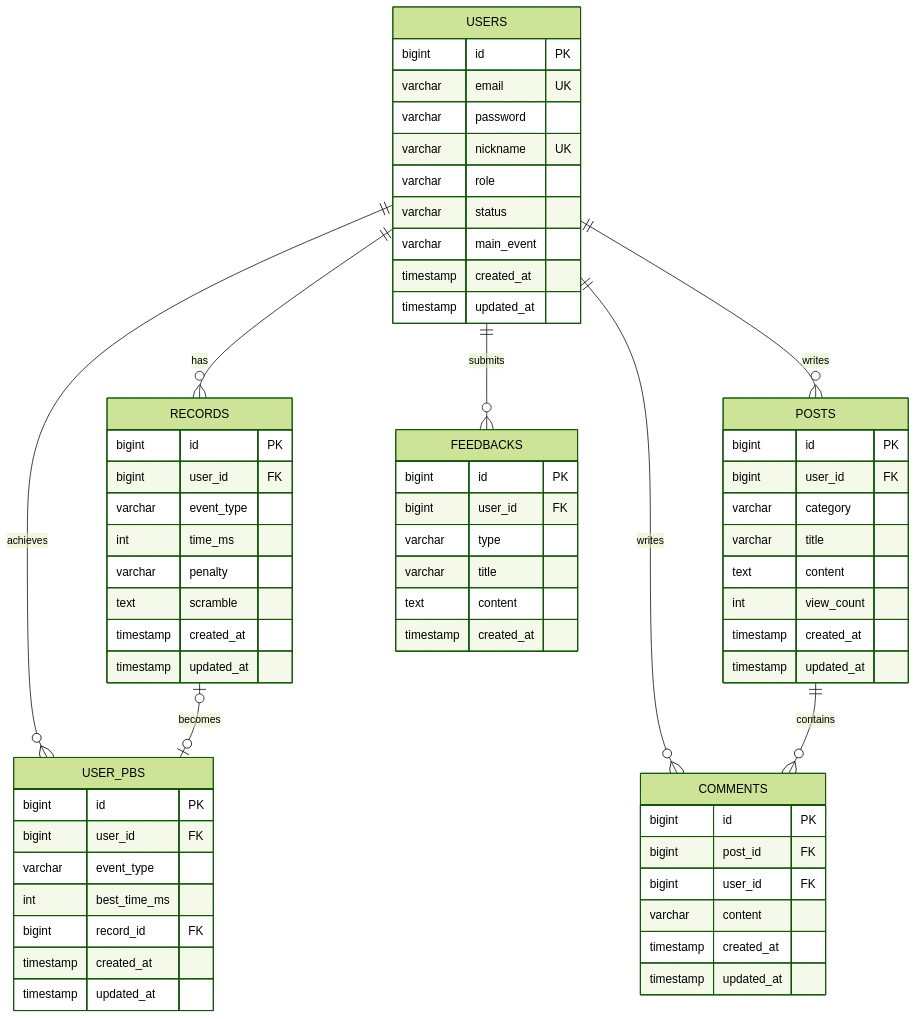
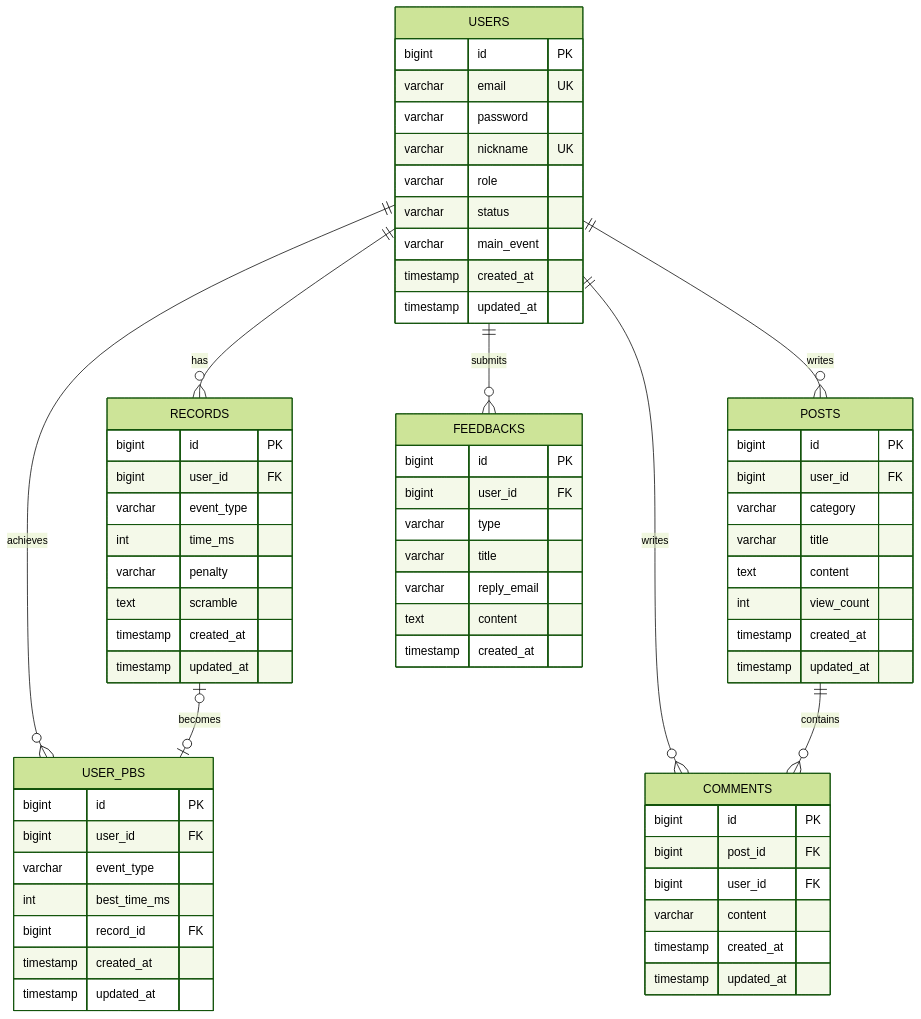
The diagram in docs/Database Design.md (xxh3898/cubing-hub), drawn with Mermaid (forest theme) before and after one commit. The commit also changed other lines of this file and 20 other files, not shown here.

````diff
--- a/docs/Database Design.md
+++ b/docs/Database Design.md
@@ -245,67 +248,68 @@
 ```mermaid
 erDiagram
     USERS ||--o{ RECORDS : "has"
     USERS ||--o{ USER_PBS : "achieves"
     USERS ||--o{ POSTS : "writes"
     USERS ||--o{ COMMENTS : "writes"
     USERS ||--o{ FEEDBACKS : "submits"
     POSTS ||--o{ COMMENTS : "contains"
     RECORDS |o--o| USER_PBS : "becomes"
 
     USERS {
         bigint id PK
         varchar email UK
         varchar password
         varchar nickname UK
         varchar role
         varchar status
         varchar main_event
         timestamp created_at
         timestamp updated_at
     }
     RECORDS {
         bigint id PK
         bigint user_id FK
         varchar event_type
         int time_ms
         varchar penalty
         text scramble
         timestamp created_at
         timestamp updated_at
     }
     USER_PBS {
         bigint id PK
         bigint user_id FK
         varchar event_type
         int best_time_ms
         bigint record_id FK
         timestamp created_at
         timestamp updated_at
     }
     POSTS {
         bigint id PK
         bigint user_id FK
         varchar category
         varchar title
         text content
         int view_count
         timestamp created_at
         timestamp updated_at
     }
     COMMENTS {
         bigint id PK
         bigint post_id FK
         bigint user_id FK
         varchar content
         timestamp created_at
         timestamp updated_at
     }
     FEEDBACKS {
         bigint id PK
         bigint user_id FK
         varchar type
         varchar title
+        varchar reply_email
         text content
         timestamp created_at
     }
 ```
````
